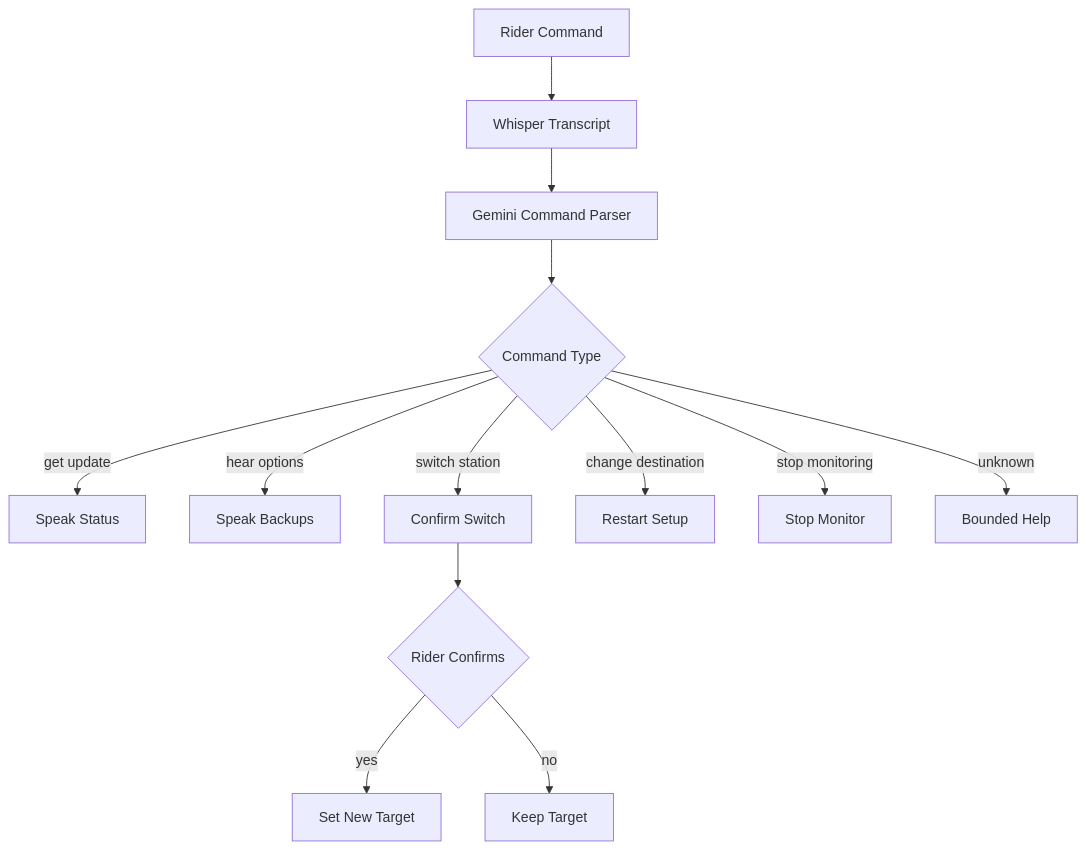
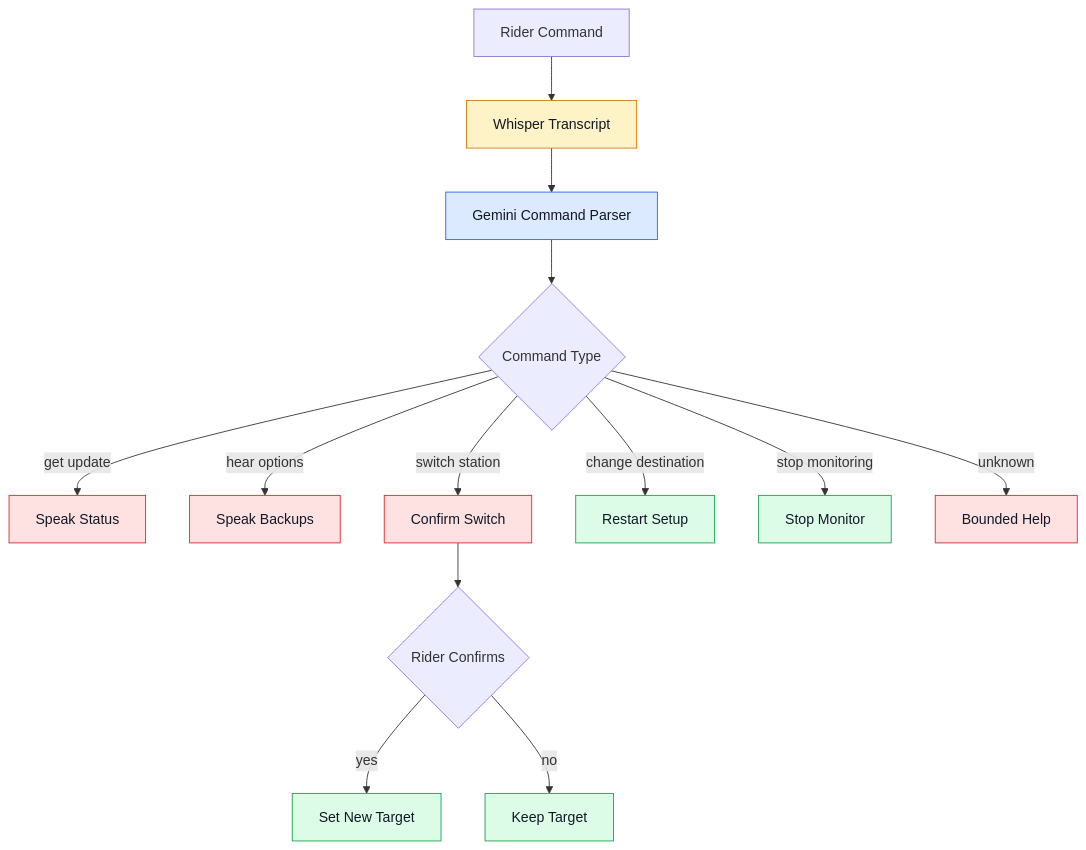
Before and after one commit to tonydebat/docktalk: the fourth of 5 diagrams in diagrams/rider_journey_flow.md, drawn with Mermaid. The commit also changed other lines of this file and 3 other files, not shown here.

Commit message:
color coded diagram and make target station more descriptive

````diff
--- a/diagrams/rider_journey_flow.md
+++ b/diagrams/rider_journey_flow.md
@@ -118,17 +158,27 @@
 ```mermaid
 flowchart TD
+    classDef gemini fill:#dbeafe,stroke:#2563eb,color:#111827
+    classDef app fill:#dcfce7,stroke:#16a34a,color:#111827
+    classDef external fill:#fef3c7,stroke:#d97706,color:#111827
+    classDef speech fill:#fee2e2,stroke:#dc2626,color:#111827
+
     A["Rider Command"] --> B["Whisper Transcript"]
     B --> C["Gemini Command Parser"]
     C --> D{"Command Type"}
 
     D -->|"get update"| E["Speak Status"]
     D -->|"hear options"| F["Speak Backups"]
     D -->|"switch station"| G["Confirm Switch"]
     D -->|"change destination"| H["Restart Setup"]
     D -->|"stop monitoring"| I["Stop Monitor"]
     D -->|"unknown"| J["Bounded Help"]
 
     G --> K{"Rider Confirms"}
     K -->|"yes"| L["Set New Target"]
     K -->|"no"| M["Keep Target"]
+
+    class C gemini
+    class B external
+    class H,I,L,M app
+    class E,F,G,J speech
 ```
````
